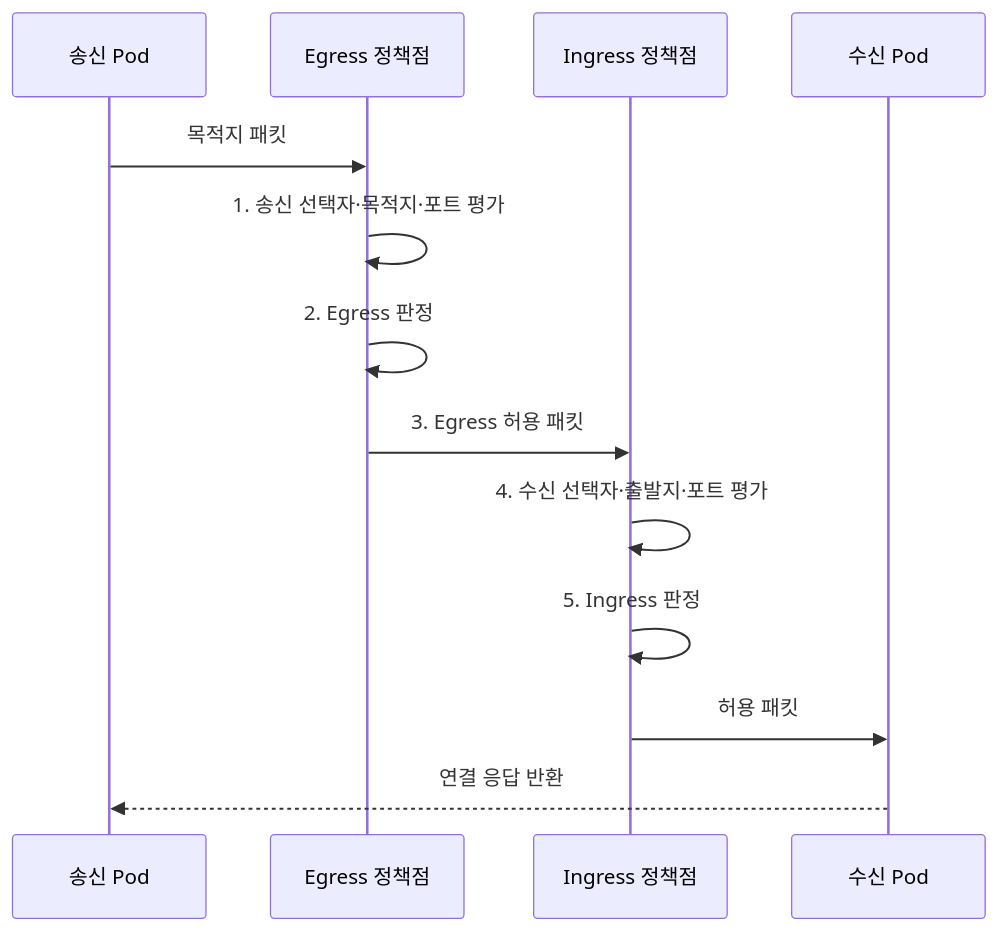
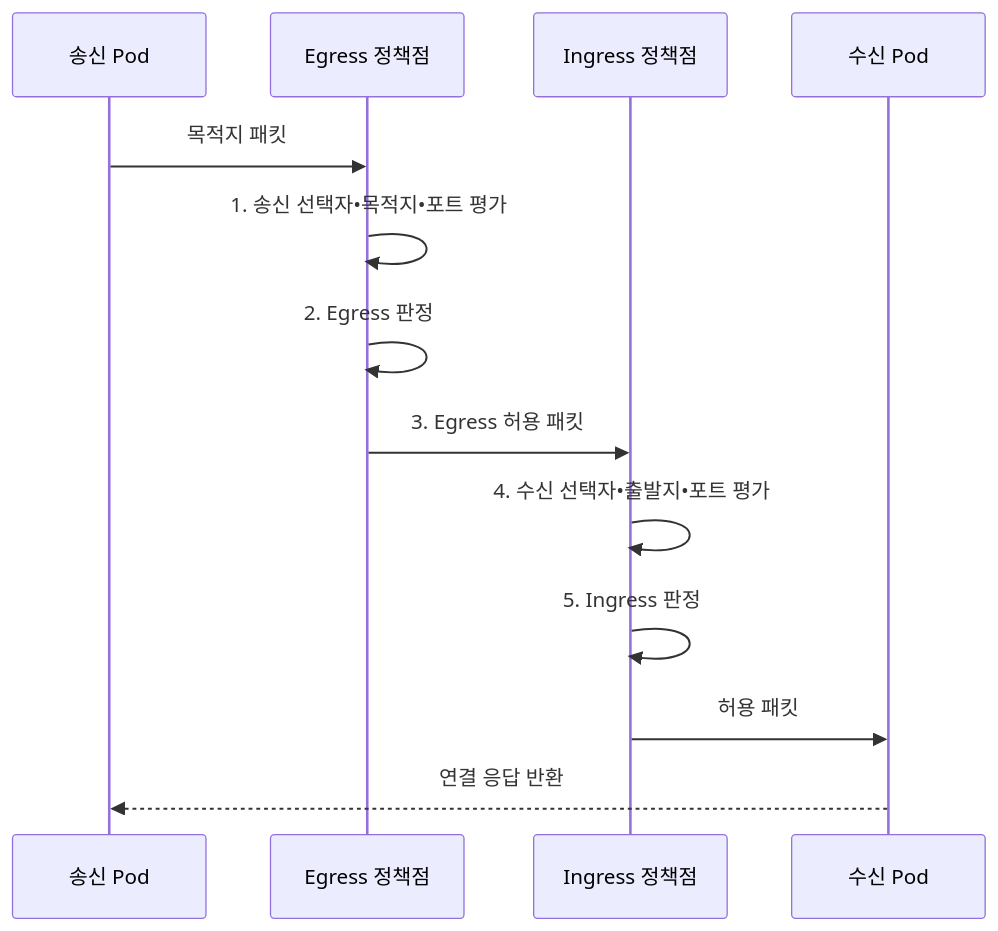
The second of 2 diagrams in src/content/docs/notes/03-software/156_kubernetes_networkpolicy_cni.md (agnusdei1207/knowledge-base), drawn with Mermaid before and after one commit. The commit also changed other lines of this file and 953 other files, not shown here.

````diff
--- a/src/content/docs/notes/03-software/156_kubernetes_networkpolicy_cni.md
+++ b/src/content/docs/notes/03-software/156_kubernetes_networkpolicy_cni.md
@@ -105,15 +105,15 @@
 ```mermaid
 sequenceDiagram
     participant S as 송신 Pod
     participant E as Egress 정책점
     participant I as Ingress 정책점
     participant D as 수신 Pod
     S->>E: 목적지 패킷
-    E->>E: 1. 송신 선택자·목적지·포트 평가
+    E->>E: 1. 송신 선택자•목적지•포트 평가
     E->>E: 2. Egress 판정
     E->>I: 3. Egress 허용 패킷
-    I->>I: 4. 수신 선택자·출발지·포트 평가
+    I->>I: 4. 수신 선택자•출발지•포트 평가
     I->>I: 5. Ingress 판정
     I->>D: 허용 패킷
     D-->>S: 연결 응답 반환
 ```
````
